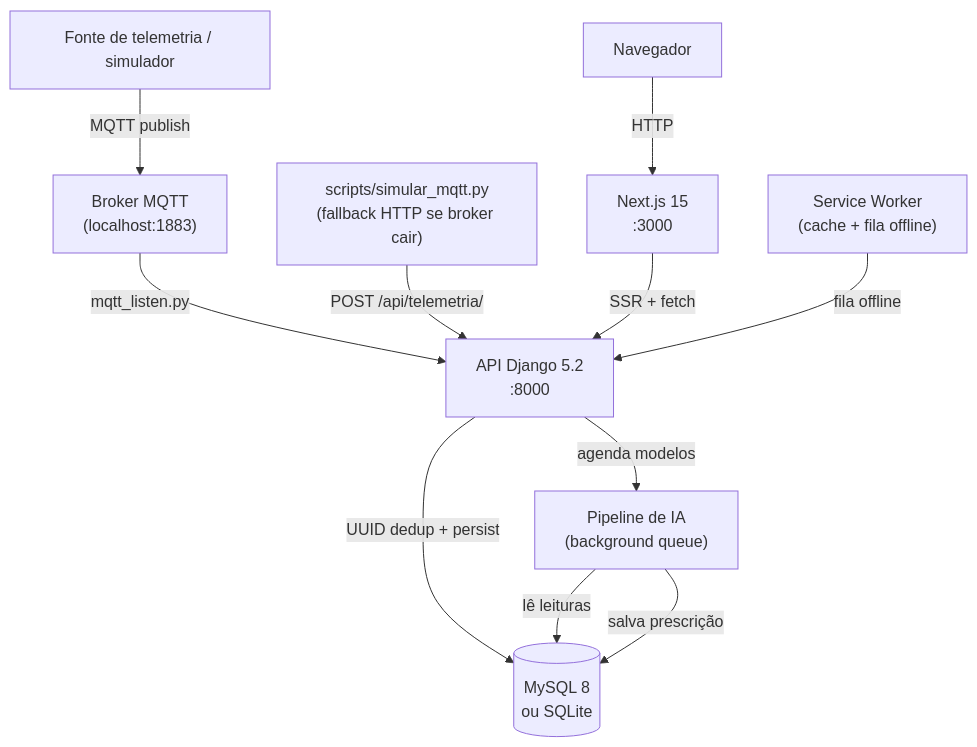
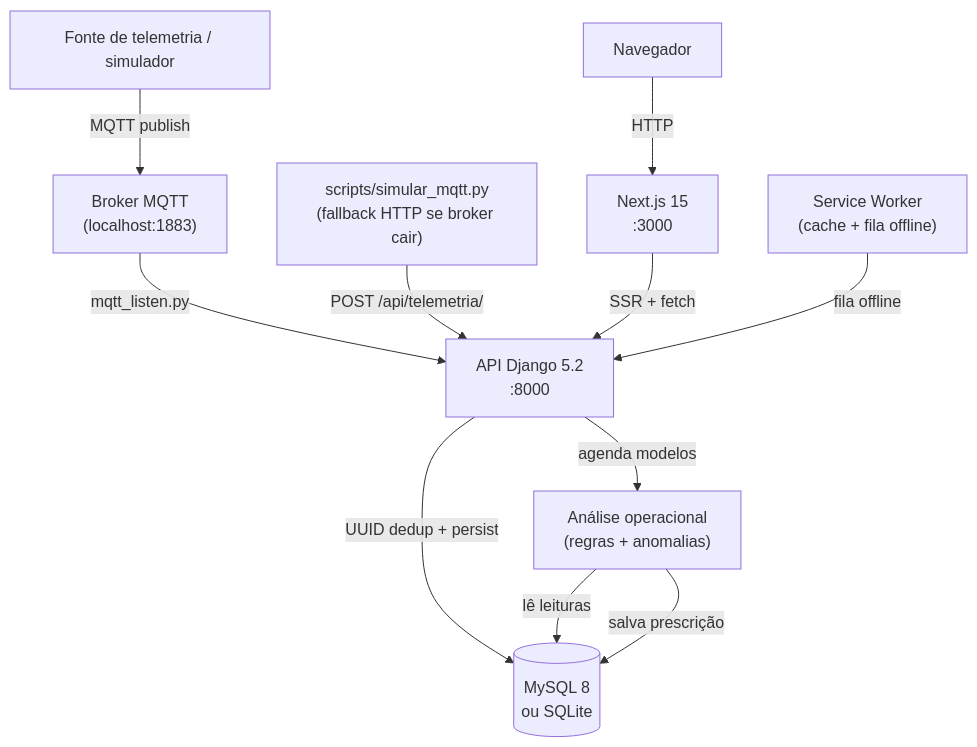
The first of 3 diagrams in README.md (Desmantelar-bit/fieldnode), drawn with Mermaid before and after one commit. The commit also changed other lines of this file and 1 other file, not shown here.

````diff
--- a/README.md
+++ b/README.md
@@ -12,23 +12,23 @@
 ```mermaid
 graph TD
     SOURCE["Fonte de telemetria / simulador"]
     MQTT["Broker MQTT\n(localhost:1883)"]
     SIM["scripts/simular_mqtt.py\n(fallback HTTP se broker cair)"]
     API["API Django 5.2\n:8000"]
     DB[("MySQL 8\nou SQLite")]
-    IA["Pipeline de IA\n(background queue)"]
+    IA["Análise operacional\n(regras + anomalias)"]
     NEXT["Next.js 15\n:3000"]
     SW["Service Worker\n(cache + fila offline)"]
     USER["Navegador"]
 
     SOURCE -->|"MQTT publish"| MQTT
     MQTT -->|"mqtt_listen.py"| API
     SIM -->|"POST /api/telemetria/"| API
     API -->|"UUID dedup + persist"| DB
     API -->|"agenda modelos"| IA
     IA -->|"lê leituras"| DB
     IA -->|"salva prescrição"| DB
     NEXT -->|"SSR + fetch"| API
     USER -->|"HTTP"| NEXT
     SW -->|"fila offline"| API
 ```
````
